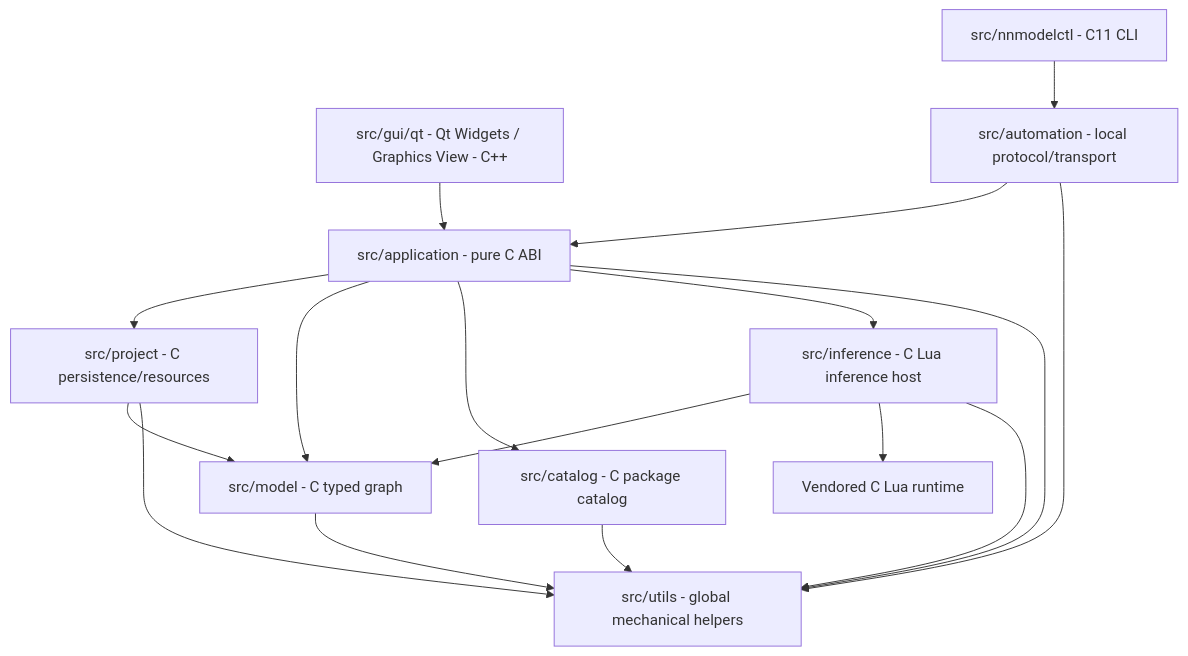
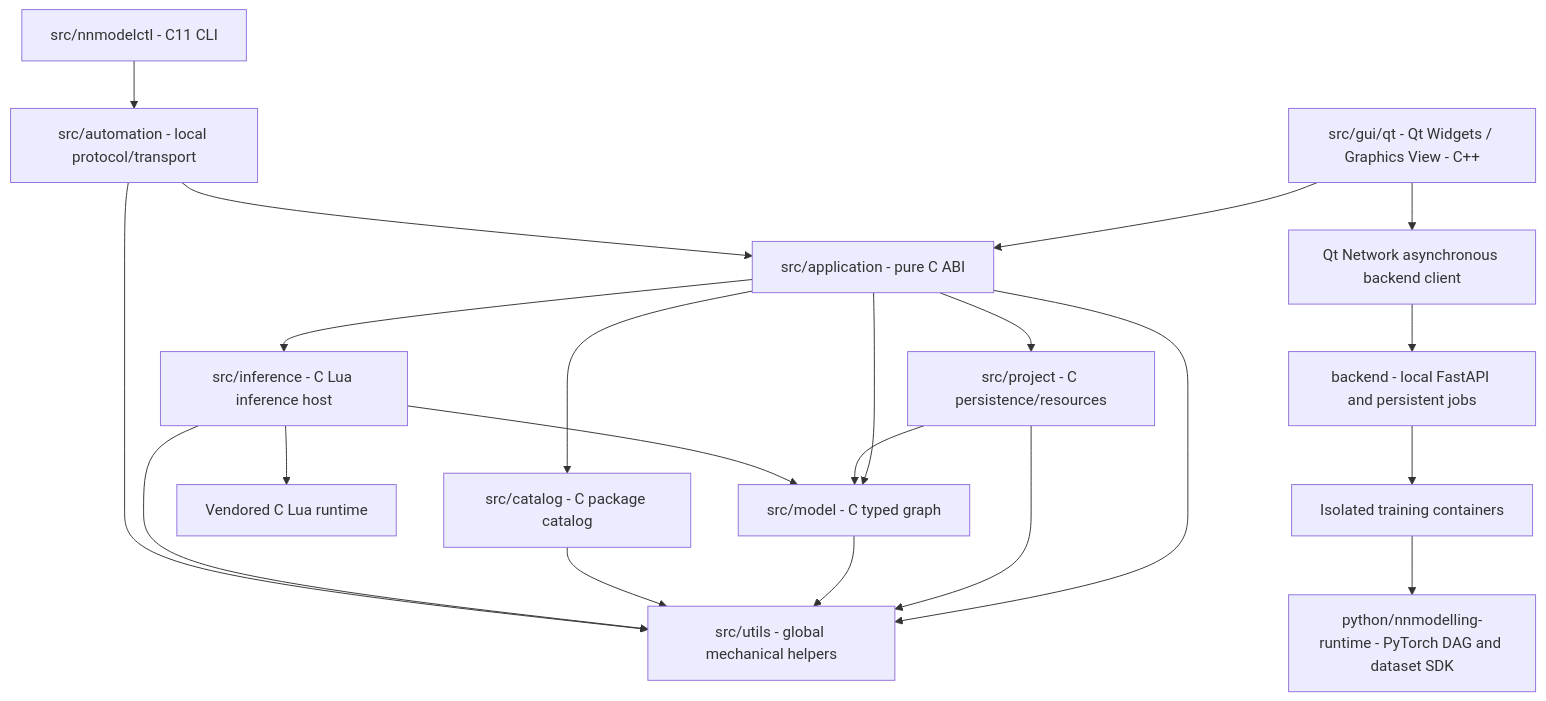
One commit to LucaSforza/nnmodelling-ui changed the diagram in docs/knowledge/architecture/overview.md. Above: the diagram before and after it, drawn with Mermaid. The commit also changed other lines of this file and 55 other files, not shown here.

Commit message:
feat: add local training backend and model wheel export

````diff
--- a/docs/knowledge/architecture/overview.md
+++ b/docs/knowledge/architecture/overview.md
@@ -5,19 +5,23 @@
 ```mermaid
 flowchart TD
     GUI[src/gui/qt - Qt Widgets / Graphics View - C++] --> API[src/application - pure C ABI]
     CLI[src/nnmodelctl - C11 CLI] --> IPC[src/automation - local protocol/transport]
     IPC --> API
     API --> Project[src/project - C persistence/resources]
     API --> Model[src/model - C typed graph]
     API --> Catalog[src/catalog - C package catalog]
     API --> Inference[src/inference - C Lua inference host]
     Project --> Model
     Inference --> Model
     Inference --> Lua[Vendored C Lua runtime]
     API --> Utils[src/utils - global mechanical helpers]
     Project --> Utils
     Model --> Utils
     Catalog --> Utils
     Inference --> Utils
     IPC --> Utils
+    GUI --> HTTP[Qt Network asynchronous backend client]
+    HTTP --> Backend[backend - local FastAPI and persistent jobs]
+    Backend --> Container[Isolated training containers]
+    Container --> Python[python/nnmodelling-runtime - PyTorch DAG and dataset SDK]
 ```
````
